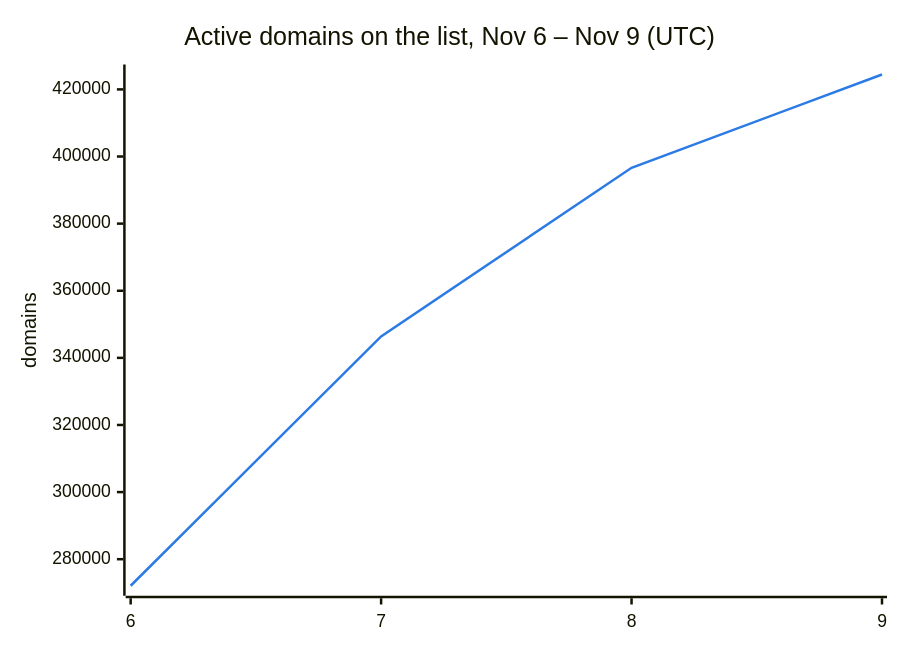
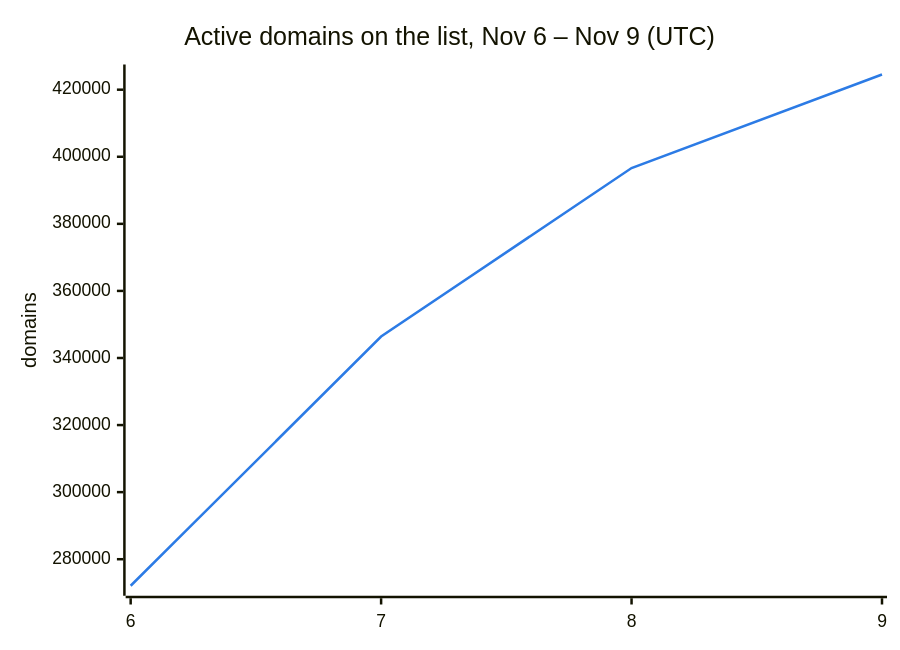
Before and after one commit to DNSBunker/CTI: the second of 3 diagrams in README.md, drawn with Mermaid. The commit also changed other lines of this file and 3 other files, not shown here.

````diff
--- a/README.md
+++ b/README.md
@@ -38,8 +38,8 @@
 ```mermaid
 %%{init: {"themeVariables": {"xyChart": {"plotColorPalette": "#2c7be5"}}}}%%
 xychart-beta
     title "Active domains on the list, Nov 6 – Nov 9 (UTC)"
     x-axis ["6", "7", "8", "9"]
     y-axis "domains"
-    line [272088, 346388, 396638, 424441]
+    line [272088, 346388, 396638, 424529]
 ```
````
